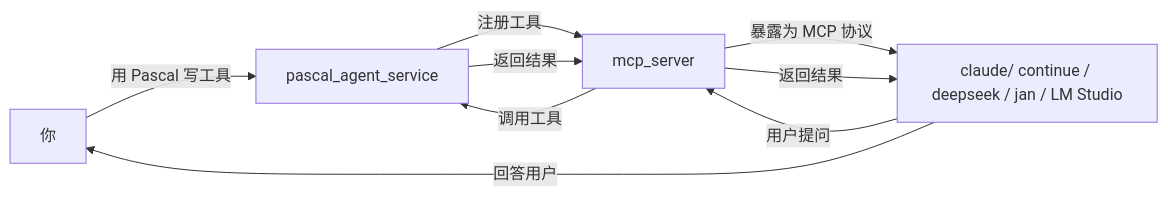
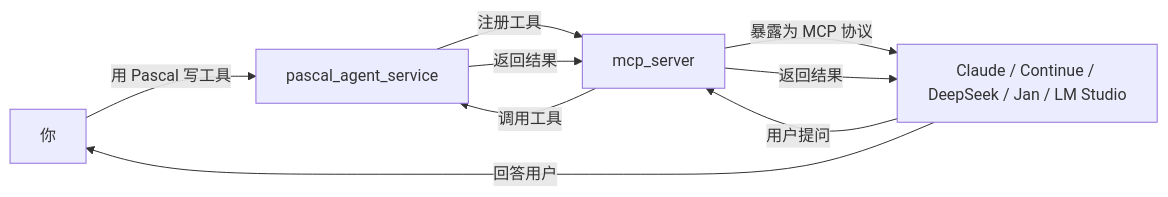
Before and after one commit to PassByYou888/LingoFuse-pasAgent: the diagram in readme.md, drawn with Mermaid. The commit also changed other lines of this file, not shown here.

````diff
--- a/readme.md
+++ b/readme.md
@@ -85,11 +89,11 @@
 ```mermaid
 graph LR
     User[你] -->|用 Pascal 写工具| Pas[pascal_agent_service]
     Pas -->|注册工具| MCP[mcp_server]
-    MCP -->|暴露为 MCP 协议| AI[claude/ continue / deepseek / jan / LM Studio]
+    MCP -->|暴露为 MCP 协议| AI[Claude / Continue / DeepSeek / Jan / LM Studio]
     AI -->|用户提问| MCP
     MCP -->|调用工具| Pas
     Pas -->|返回结果| MCP
     MCP -->|返回结果| AI
     AI -->|回答用户| User
 ```
````
